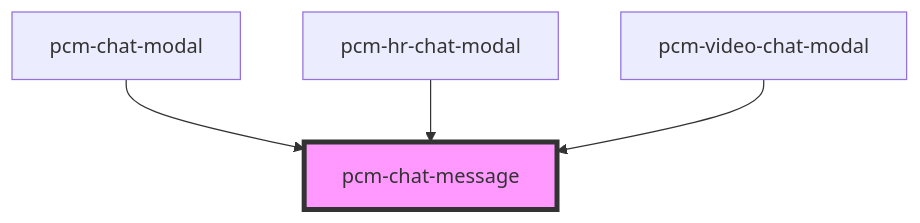
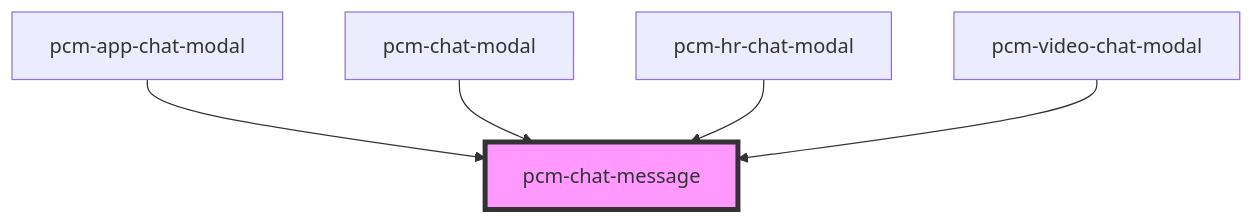
The diagram in packages/pcm-agents/docs/components/pcm-chat-message/readme.md (Pincaimao/pcm-agents-sdk), drawn with Mermaid before and after one commit. The commit also changed other lines of this file and 6 other files, not shown here.

````diff
--- a/packages/pcm-agents/docs/components/pcm-chat-message/readme.md
+++ b/packages/pcm-agents/docs/components/pcm-chat-message/readme.md
@@ -28,7 +29,8 @@
 ```mermaid
 graph TD;
+  pcm-app-chat-modal --> pcm-chat-message
   pcm-chat-modal --> pcm-chat-message
   pcm-hr-chat-modal --> pcm-chat-message
   pcm-video-chat-modal --> pcm-chat-message
   style pcm-chat-message fill:#f9f,stroke:#333,stroke-width:4px
 ```
````
